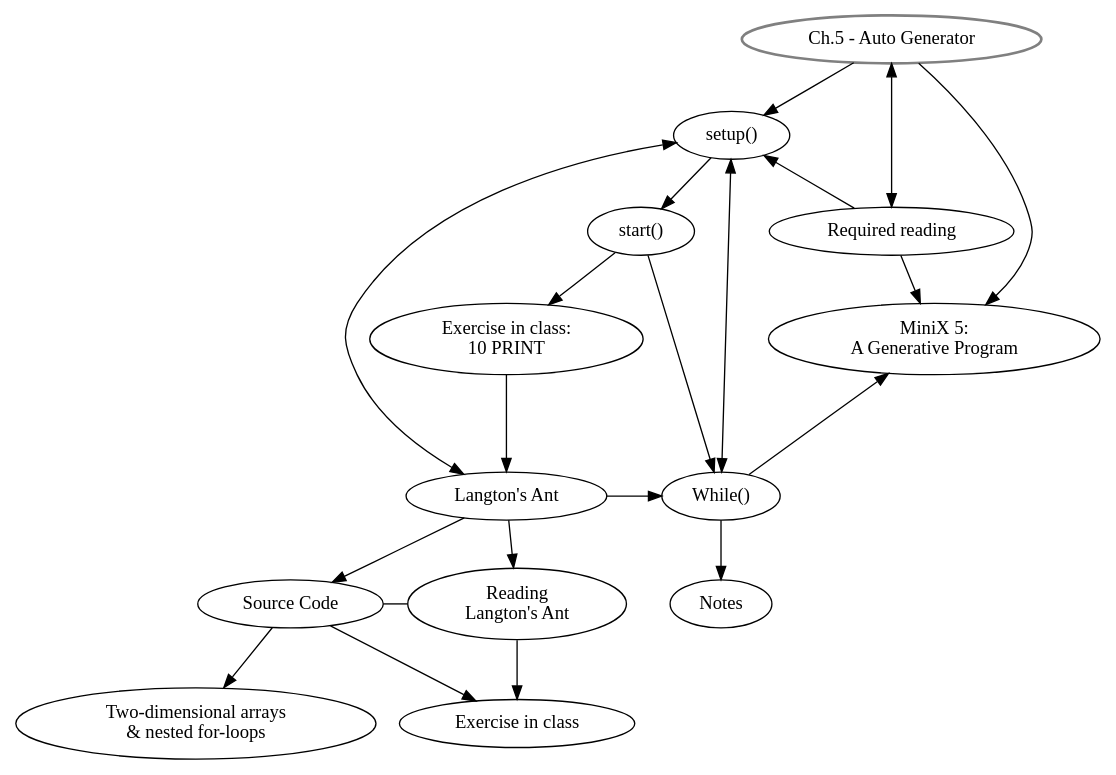
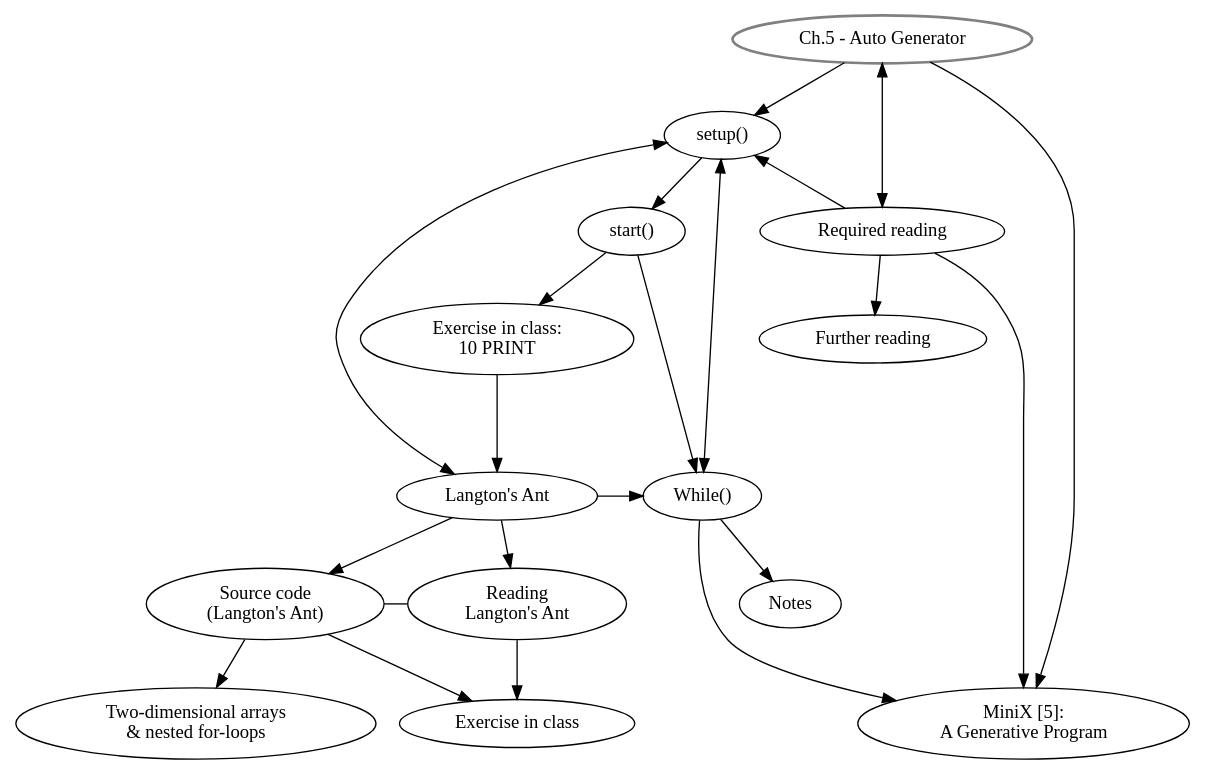
The diagram in graphviz/AP_ch5.dot (danbz/aesthetic-programming), drawn with Graphviz before and after one commit. The commit also changed 5 other files, not shown here.

Commit message:
update graphviz

```diff
--- a/graphviz/AP_ch5.dot
+++ b/graphviz/AP_ch5.dot
@@ -1,46 +1,46 @@
 digraph G {
 //labels
 GS [
 label="Ch.5 - Auto Generator",
 style=bold,
 color=grey,
 ]
 
 SU [label="setup()"]
 ST [label="start()"]
 EiC [label="Exercise in class: \n10 PRINT"]
 LA [label="Langton's Ant"]
-SC [label="Source Code"]
+SC [label="Source code\n(Langton's Ant)"]
 RLA [label="Reading \nLangton's Ant"]
 AL [label="Two-dimensional arrays \n& nested for-loops
 "]
 EiC2 [label="Exercise in class"]
 MW [label="While()"]
-MX [label="MiniX 5: \nA Generative Program"]
+MX [label="MiniX [5]: \nA Generative Program"]
 RR [label="Required reading"]
+FR [label="Further reading"]
 Notes [label="Notes"]
 
 //rank
 {rank = same; RR, ST}
-//{rank = same; LA, EiC}
 {rank = same; RLA, SC}
-{rank = same; MX, EiC}
+{rank = same; MX,EiC2}
 {rank = same; MW, LA}
 
 
 //graph
 GS -> SU -> ST -> EiC;
 EiC-> LA[minlen=2];
 LA -> SU [dir=both];
 GS -> MX;
 GS -> RR[dir=both];
 SU -> MW [dir=both];
 SC -> RLA [dir=none];
 RR -> MX, SU;
 LA -> SC, RLA -> EiC2;
 SC -> AL;
 ST -> MW -> Notes;
 MW -> MX;
 LA -> MW;
-
+RR -> FR;
 }
```
